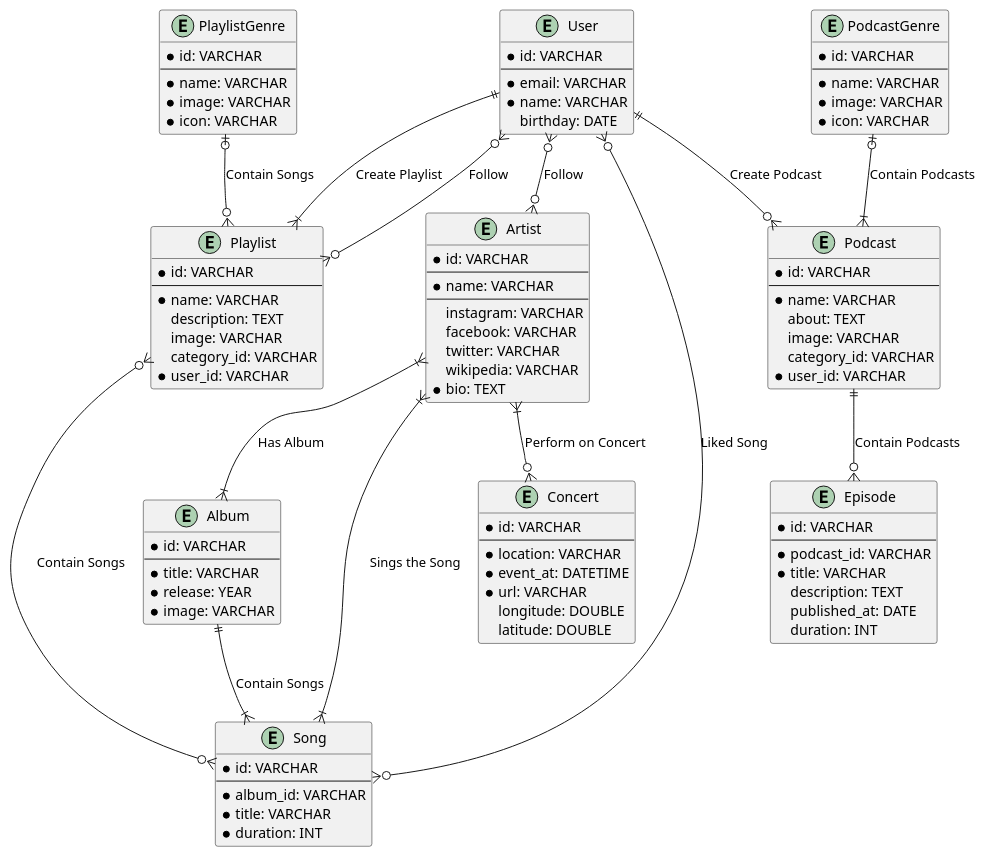
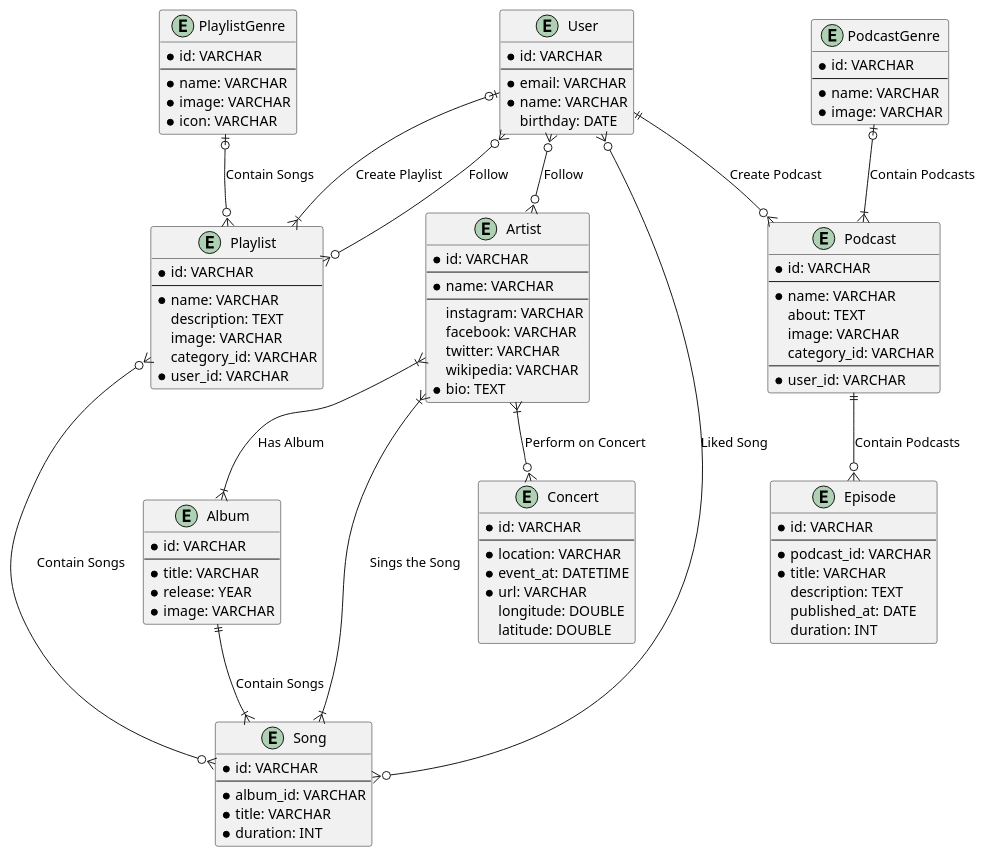
One commit to maulanazn/database-implement changed the diagram in implement/spotify_database_design.puml. Above: the diagram before and after it, drawn with PlantUML. The commit also changed 3 other files, not shown here.

```diff
--- a/implement/spotify_database_design.puml
+++ b/implement/spotify_database_design.puml
@@ -1,108 +1,108 @@
 @startuml White
 entity Artist {
     * id: VARCHAR
     --
     * name: VARCHAR
     --
     instagram: VARCHAR
     facebook: VARCHAR
     twitter: VARCHAR
     wikipedia: VARCHAR
     * bio: TEXT
 }
 
 entity Album {
     * id: VARCHAR
     --
     * title: VARCHAR
     * release: YEAR
     * image: VARCHAR
 }
 
 entity Song {
     * id: VARCHAR
     --
     * album_id: VARCHAR
     * title: VARCHAR
     * duration: INT
 }
 
 entity PlaylistGenre {
     * id: VARCHAR
     --
     * name: VARCHAR
     * image: VARCHAR
     * icon: VARCHAR
 }
 
 entity Playlist {
     * id: VARCHAR
     --
     * name: VARCHAR
     description: TEXT
     image: VARCHAR
     category_id: VARCHAR
     * user_id: VARCHAR
 }
 
 entity PodcastGenre {
     * id: VARCHAR
     --
     * name: VARCHAR
     * image: VARCHAR
-    * icon: VARCHAR
 }
 
 entity Podcast {
     * id: VARCHAR
     --
     * name: VARCHAR
     about: TEXT
     image: VARCHAR
     category_id: VARCHAR
+    --
     * user_id: VARCHAR
 }
 
 entity Episode {
     * id: VARCHAR
     --
     * podcast_id: VARCHAR
     * title: VARCHAR
     description: TEXT
     published_at: DATE
     duration: INT
 }
 
 entity User {
     * id: VARCHAR
     --
     * email: VARCHAR
     * name: VARCHAR
     birthday: DATE
 }
 
 entity Concert {
     * id: VARCHAR
     --
     * location: VARCHAR
     * event_at: DATETIME
     * url: VARCHAR
     longitude: DOUBLE
     latitude: DOUBLE
 }
 
 Artist }|--|{ Album : Has Album
 Album ||--|{ Song : Contain Songs
 Artist }|--|{ Song : Sings the Song
 PlaylistGenre |o--o{ Playlist : Contain Songs
-User ||--|{ Playlist : Create Playlist
+User |o--|{ Playlist : Create Playlist
 Playlist }o--o{ Song : Contain Songs
 PodcastGenre |o--|{ Podcast : Contain Podcasts
 User ||--o{ Podcast : Create Podcast
 Podcast ||--o{ Episode : Contain Podcasts
 Artist }|--o{ Concert : Perform on Concert
 User }o--o{ Artist : Follow
 User }o--o{ Song : Liked Song
 User }o--o{ Playlist : Follow
 
 @enduml
```
